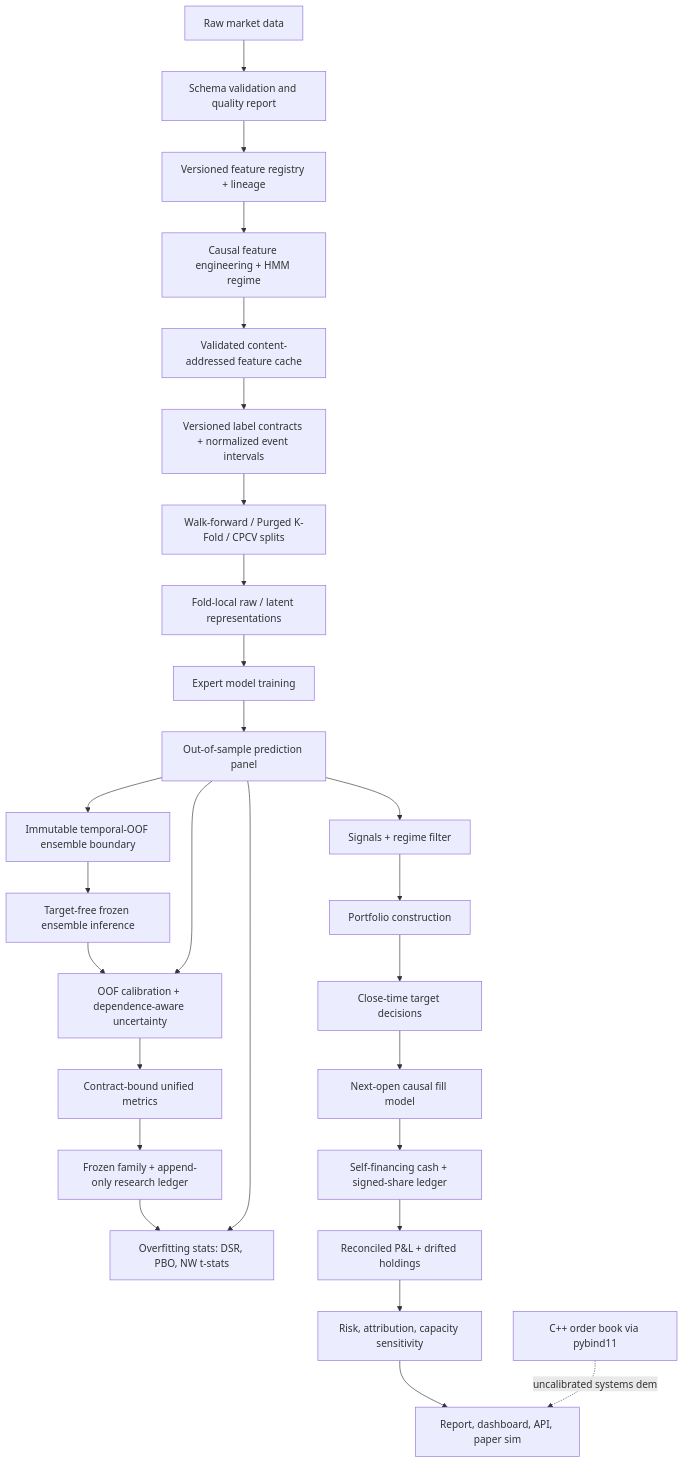
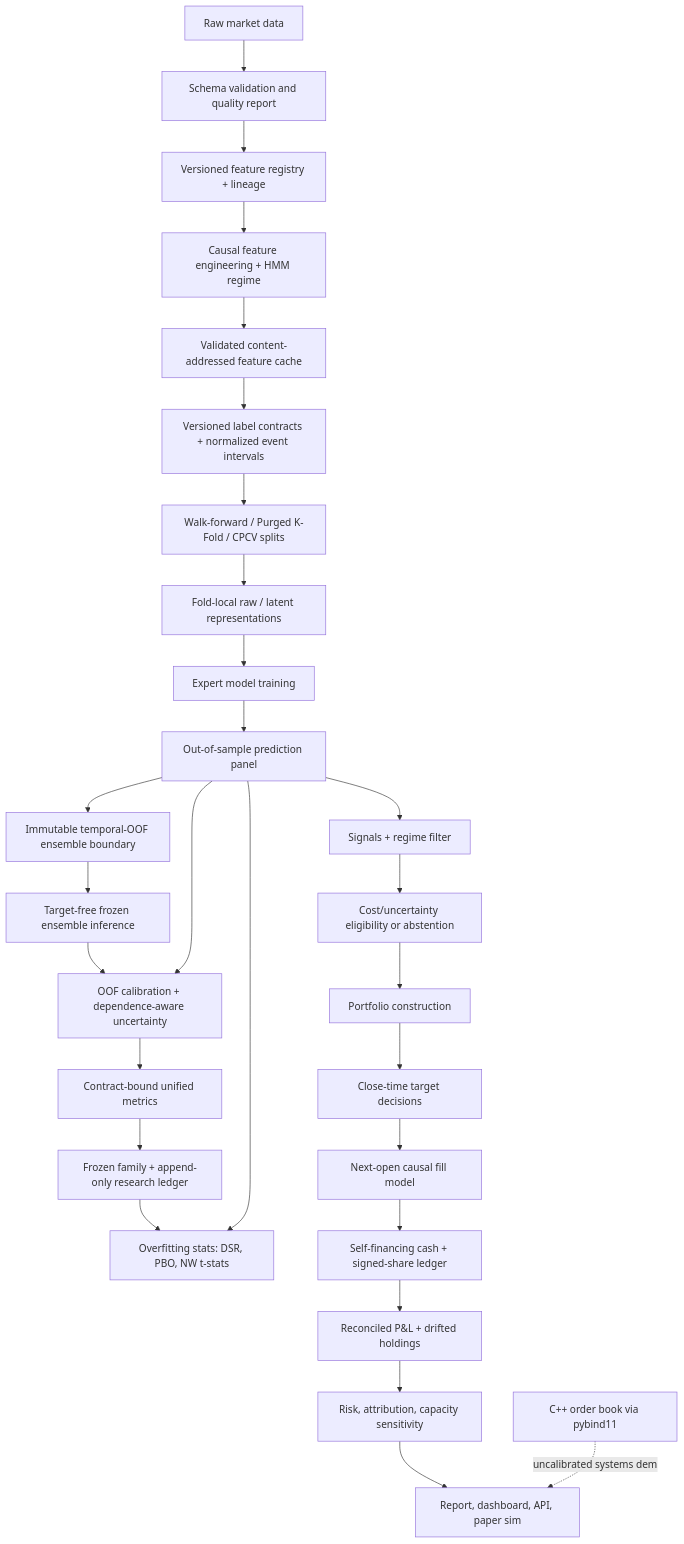
The diagram in docs/architecture.md (srgangaram-swe/AlphaForge), drawn with Mermaid before and after one commit. The commit also changed other lines of this file and 23 other files, not shown here.

````diff
--- a/docs/architecture.md
+++ b/docs/architecture.md
@@ -5,29 +5,30 @@
 ```mermaid
 flowchart TD
     raw[Raw market data] --> validate[Schema validation and quality report]
     validate --> registry[Versioned feature registry + lineage]
     registry --> features[Causal feature engineering + HMM regime]
     features --> cache[Validated content-addressed feature cache]
     cache --> labels[Versioned label contracts + normalized event intervals]
     labels --> splits[Walk-forward / Purged K-Fold / CPCV splits]
     splits --> representations[Fold-local raw / latent representations]
     representations --> models[Expert model training]
     models --> preds[Out-of-sample prediction panel]
     preds --> ensembles[Immutable temporal-OOF ensemble boundary]
     ensembles --> combined[Target-free frozen ensemble inference]
     combined --> calibration
     preds --> calibration[OOF calibration + dependence-aware uncertainty]
     calibration --> metrics[Contract-bound unified metrics]
     metrics --> governance[Frozen family + append-only research ledger]
     governance --> overfit
     preds --> overfit[Overfitting stats: DSR, PBO, NW t-stats]
     preds --> signals[Signals + regime filter]
-    signals --> portfolio[Portfolio construction]
+    signals --> eligibility[Cost/uncertainty eligibility or abstention]
+    eligibility --> portfolio[Portfolio construction]
     portfolio --> orders[Close-time target decisions]
     orders --> execution[Next-open causal fill model]
     execution --> ledger[Self-financing cash + signed-share ledger]
     ledger --> backtest[Reconciled P&L + drifted holdings]
     backtest --> risk[Risk, attribution, capacity sensitivity]
     risk --> outputs[Report, dashboard, API, paper sim]
     native[C++ order book via pybind11] -.uncalibrated systems demo.-> outputs
 ```
````
